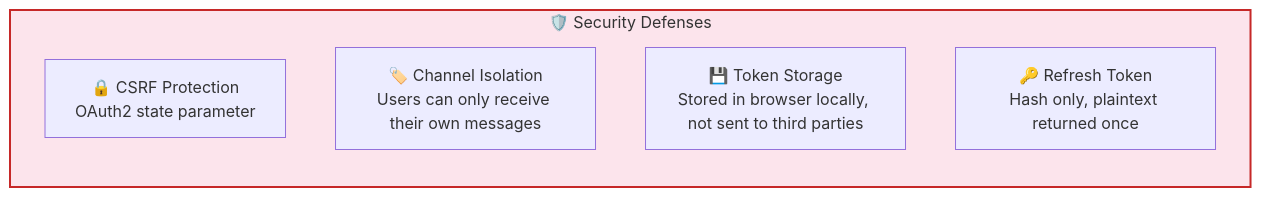
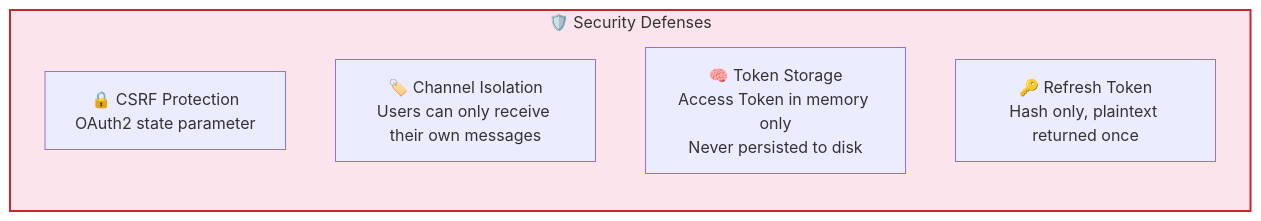
One commit to rtc-agent/docs changed the eighth of 9 diagrams in src/content/docs/en/integration/auth.md. Above: the diagram before and after it, drawn with Mermaid. The commit also changed other lines of this file and 12 other files, not shown here.

````diff
--- a/src/content/docs/en/integration/auth.md
+++ b/src/content/docs/en/integration/auth.md
@@ -214,12 +214,12 @@
 ```mermaid
 flowchart TD
     subgraph SECURITY["🛡️ Security Defenses"]
         direction TB
         A["🔒 CSRF Protection<br/>OAuth2 state parameter"]
         B["🏷️ Channel Isolation<br/>Users can only receive their own messages"]
-        C["💾 Token Storage<br/>Stored in browser locally, not sent to third parties"]
+        C["🧠 Token Storage<br/>Access Token in memory only<br/>Never persisted to disk"]
         D["🔑 Refresh Token<br/>Hash only, plaintext returned once"]
     end
 
     style SECURITY fill:#fce4ec,stroke:#c62828,stroke-width:2px
 ```
````
